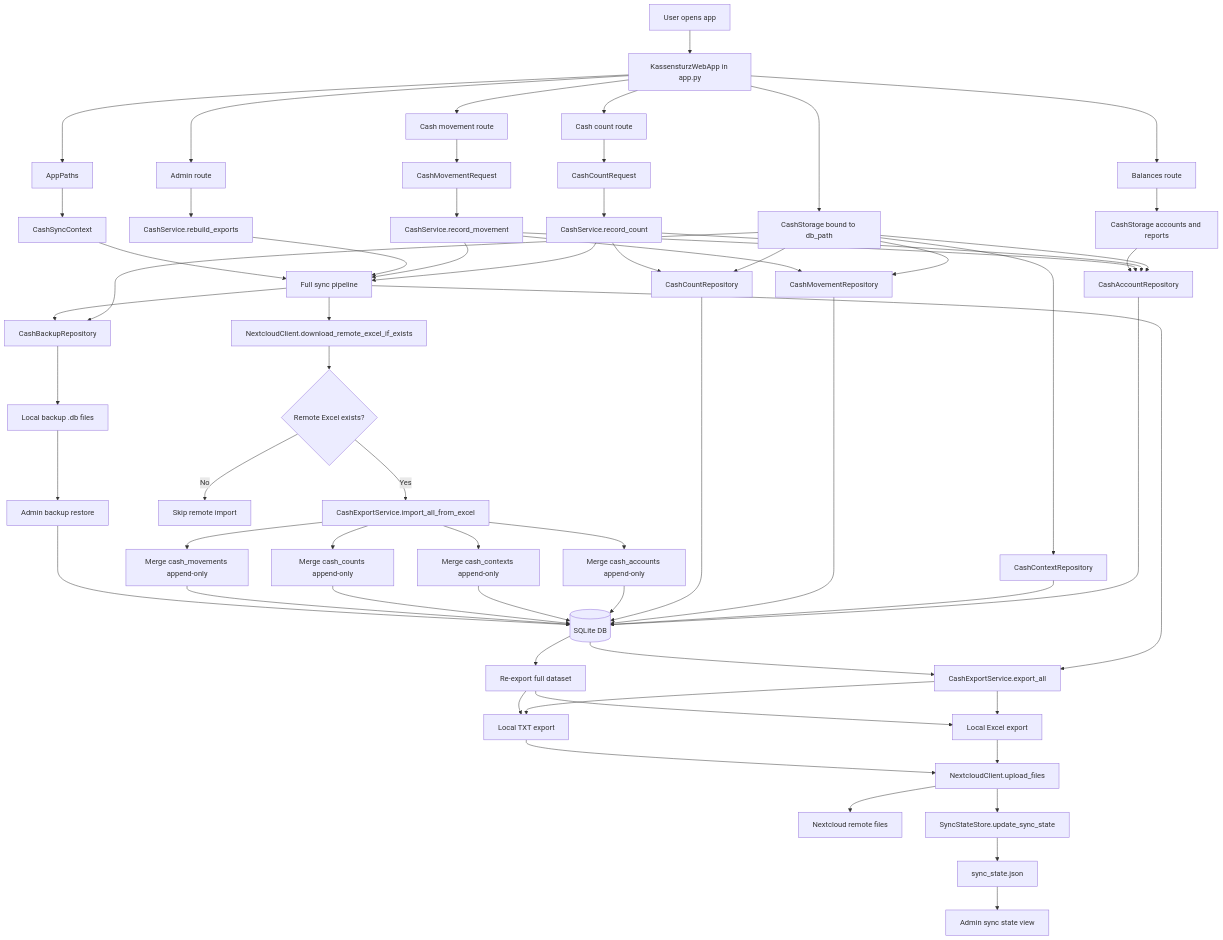
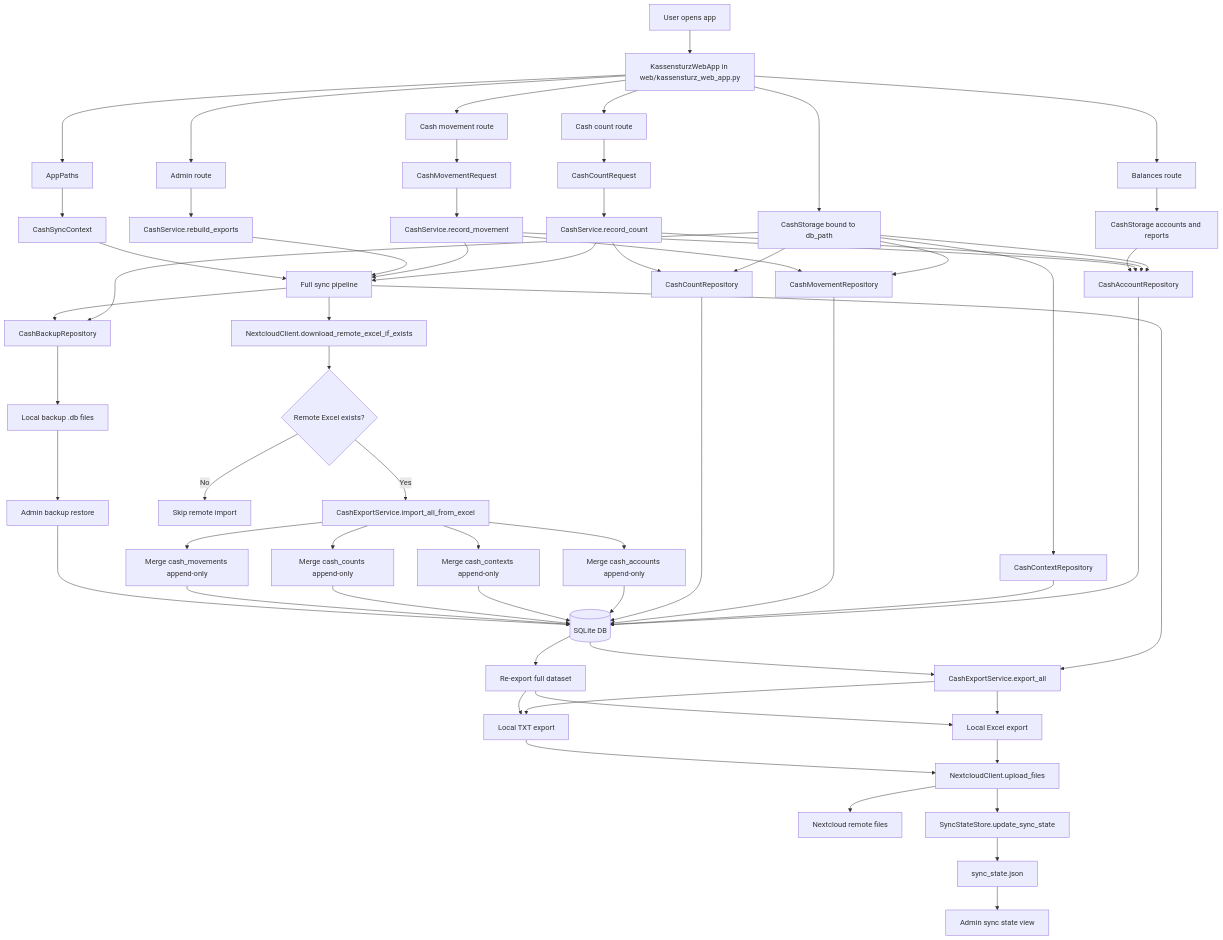
One commit to Janhilg/Kassensturz changed the diagram in docs/dataflow.md. Above: the diagram before and after it, drawn with Mermaid. The commit also changed 43 other files, not shown here.

````diff
--- a/docs/dataflow.md
+++ b/docs/dataflow.md
@@ -3,82 +3,82 @@
 ```mermaid
 flowchart TD
-    A[User opens app] --> B[KassensturzWebApp in app.py]
+    A[User opens app] --> B[KassensturzWebApp in web/kassensturz_web_app.py]
 
     B --> C1[Cash count route]
     B --> C2[Cash movement route]
     B --> C3[Admin route]
     B --> C4[Balances route]
 
     B --> P[AppPaths]
     P --> SC[CashSyncContext]
 
     C1 --> R1[CashCountRequest]
     C2 --> R2[CashMovementRequest]
 
     R1 --> S1[CashService.record_count]
     R2 --> S2[CashService.record_movement]
     C3 --> S3[CashService.rebuild_exports]
     C4 --> B1[CashStorage accounts and reports]
 
     B --> ST[CashStorage bound to db_path]
     ST --> ARepo[CashAccountRepository]
     ST --> CRepo[CashContextRepository]
     ST --> MRepo[CashMovementRepository]
     ST --> CountRepo[CashCountRepository]
     ST --> BackupRepo[CashBackupRepository]
 
     S1 --> CountRepo
     S1 --> ARepo
     S2 --> MRepo
     S2 --> ARepo
     B1 --> ARepo
 
     ARepo --> DB[(SQLite DB)]
     CRepo --> DB
     MRepo --> DB
     CountRepo --> DB
 
     S1 --> Pipeline[Full sync pipeline]
     S2 --> Pipeline
     S3 --> Pipeline
     SC --> Pipeline
 
     Pipeline --> BackupRepo
     BackupRepo --> Backups[Local backup .db files]
 
     Pipeline --> Export[CashExportService.export_all]
     DB --> Export
     Export --> Excel[Local Excel export]
     Export --> Text[Local TXT export]
 
     Pipeline --> Download[NextcloudClient.download_remote_excel_if_exists]
     Download --> RemoteCheck{Remote Excel exists?}
 
     RemoteCheck -->|Yes| Import[CashExportService.import_all_from_excel]
     RemoteCheck -->|No| Skip[Skip remote import]
 
     Import --> MergeA[Merge cash_accounts append-only]
     Import --> MergeC[Merge cash_contexts append-only]
     Import --> MergeCount[Merge cash_counts append-only]
     Import --> MergeM[Merge cash_movements append-only]
 
     MergeA --> DB
     MergeC --> DB
     MergeCount --> DB
     MergeM --> DB
 
     DB --> ReExport[Re-export full dataset]
     ReExport --> Excel
     ReExport --> Text
 
     Excel --> Upload[NextcloudClient.upload_files]
     Text --> Upload
     Upload --> Remote[Nextcloud remote files]
 
     Upload --> SyncState[SyncStateStore.update_sync_state]
     SyncState --> StateFile[sync_state.json]
 
     Backups --> Restore[Admin backup restore]
     Restore --> DB
     StateFile --> AdminView[Admin sync state view]
 ```
````
